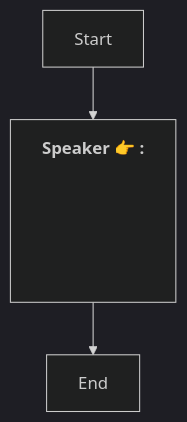
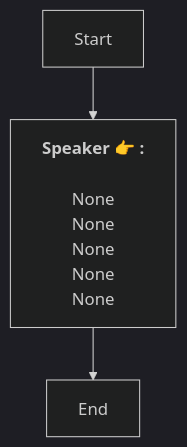
The diagram in En/SelfTalk.md (SoftHu/tos_avg), drawn with Mermaid (dark theme) before and after one commit. The commit also changed 730 other files, not shown here.

````diff
--- a/En/SelfTalk.md
+++ b/En/SelfTalk.md
@@ -1,7 +1,7 @@
 ```mermaid
 graph
 Start -->1776317122039199[<b>Speaker 👉 :</b>
-\n\n\n\n\n]
+\nNone\nNone\nNone\nNone\nNone]
 1776317122039199 -->1776317118242206[End]
 
 ```
````
